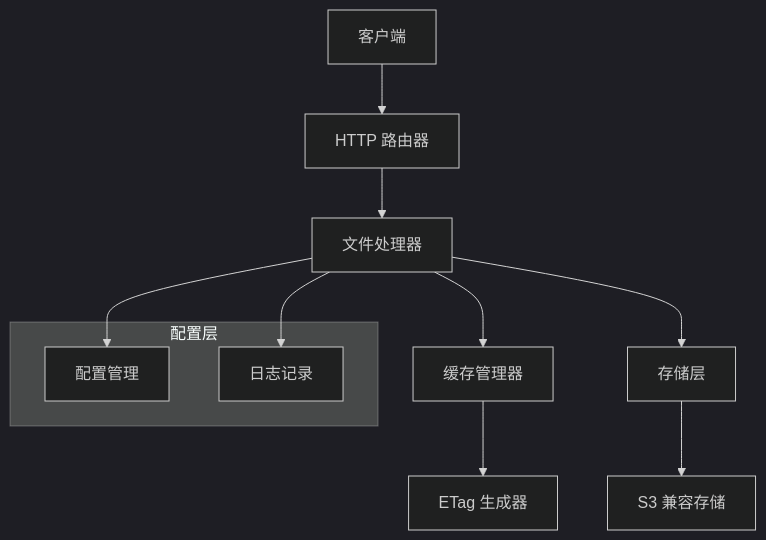
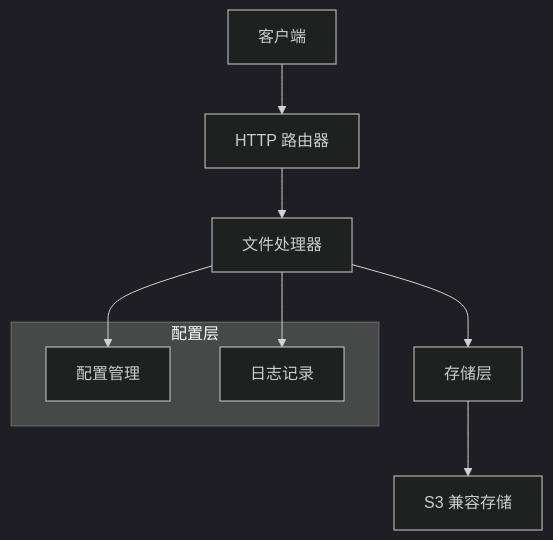
The first of 2 diagrams in .kiro/specs/s3-compatible-static-file-service/design.md (xiaolutech/s3-static), drawn with Mermaid (dark theme) before and after one commit. The commit also changed other lines of this file and 17 other files, not shown here.

````diff
--- a/.kiro/specs/s3-compatible-static-file-service/design.md
+++ b/.kiro/specs/s3-compatible-static-file-service/design.md
@@ -17,17 +17,15 @@
 ```mermaid
 graph TB
     Client[客户端] --> Router[HTTP 路由器]
     Router --> Handler[文件处理器]
-    Handler --> Cache[缓存管理器]
     Handler --> Storage[存储层]
-    Cache --> ETag[ETag 生成器]
     Storage --> S3Backend[S3 兼容存储]
     
     subgraph "配置层"
         Config[配置管理]
         Logger[日志记录]
     end
     
     Handler --> Config
     Handler --> Logger
 ```
````
